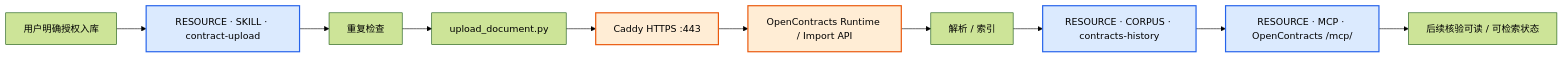
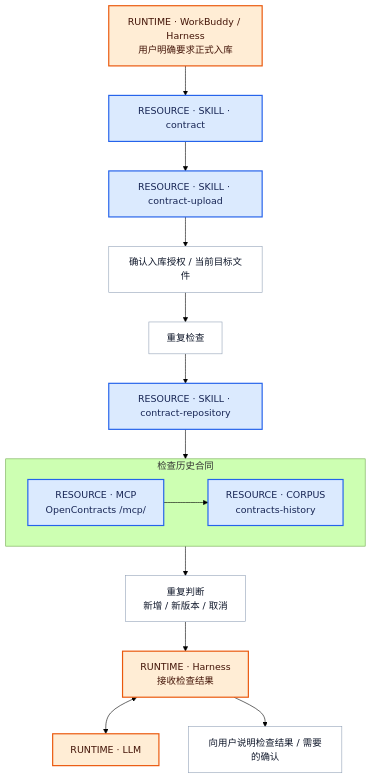
Before and after one commit to Ri0n72Y/ContractBotConfig: the third of 5 diagrams in docs/architecture/c4.md, drawn with Mermaid (forest theme). The commit also changed other lines of this file, not shown here.

Commit message:
docs: split architecture into compact business flow diagrams

````diff
--- a/docs/architecture/c4.md
+++ b/docs/architecture/c4.md
@@ -55,17 +138,30 @@
 ```mermaid
-flowchart LR
-    U[用户明确授权入库] --> S[RESOURCE · SKILL · contract-upload]
-    S --> Q[重复检查]
-    Q --> H[upload_document.py]
-    H --> C[Caddy HTTPS :443]
-    C --> O[OpenContracts Runtime / Import API]
-    O --> P[解析 / 索引]
-    P --> HC[RESOURCE · CORPUS · contracts-history]
-    HC --> M[RESOURCE · MCP · OpenContracts /mcp/]
-    M --> V[后续核验可读 / 可检索状态]
+flowchart TB
+    H0["RUNTIME · WorkBuddy / Harness<br/>用户明确要求正式入库"]:::runtime
+    S1["RESOURCE · SKILL · contract"]:::resource
+    S2["RESOURCE · SKILL · contract-upload"]:::resource
+    A["确认入库授权 / 当前目标文件"]:::process
+    Q["重复检查"]:::process
+    S3["RESOURCE · SKILL · contract-repository"]:::resource
 
-    classDef resource fill:#dbeafe,stroke:#2563eb,stroke-width:2px;
-    classDef platform fill:#ffedd5,stroke:#ea580c,stroke-width:2px;
-    class S,HC,M resource;
-    class C,O platform;
+    subgraph CHECK["检查历史合同"]
+        direction LR
+        M["RESOURCE · MCP<br/>OpenContracts /mcp/"]:::resource
+        CH["RESOURCE · CORPUS<br/>contracts-history"]:::resource
+        M --> CH
+    end
+
+    D["重复判断<br/>新增 / 新版本 / 取消"]:::process
+    H1["RUNTIME · Harness<br/>接收检查结果"]:::runtime
+    LLM["RUNTIME · LLM"]:::runtime
+    OUT["向用户说明检查结果 / 需要的确认"]:::process
+
+    H0 --> S1 --> S2 --> A --> Q --> S3 --> M
+    CH --> D --> H1
+    H1 <--> LLM
+    H1 --> OUT
+
+    classDef resource fill:#dbeafe,stroke:#2563eb,color:#172554,stroke-width:2px;
+    classDef runtime fill:#ffedd5,stroke:#ea580c,color:#431407,stroke-width:2px;
+    classDef process fill:#ffffff,stroke:#94a3b8,color:#0f172a,stroke-width:1px;
 ```
````
